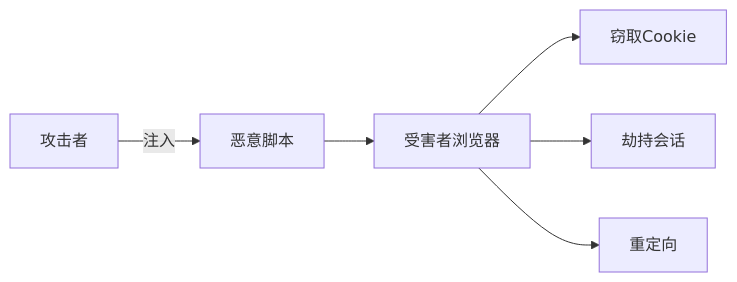
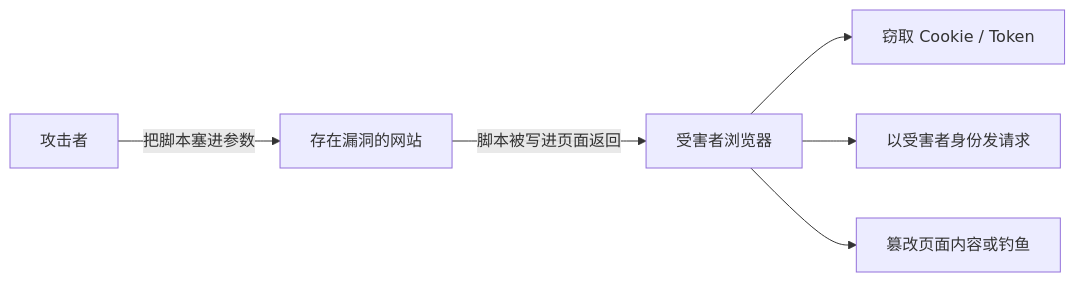
Before and after one commit to before80/prgms: the fourth of 6 diagrams in content/linux/safe_test/Chapter-72-Vulnerability-Scanning.md, drawn with Mermaid. The commit also changed other lines of this file and 1645 other files, not shown here.

````diff
--- a/content/linux/safe_test/Chapter-72-Vulnerability-Scanning.md
+++ b/content/linux/safe_test/Chapter-72-Vulnerability-Scanning.md
@@ -307,8 +451,8 @@
 ```mermaid
 graph LR
-    A[攻击者] -->|注入| B[恶意脚本]
-    B --> C[受害者浏览器]
-    C --> D[窃取Cookie]
-    C --> E[劫持会话]
-    C --> F[重定向]
+    A[攻击者] -->|把脚本塞进参数| B[存在漏洞的网站]
+    B -->|脚本被写进页面返回| C[受害者浏览器]
+    C --> D[窃取 Cookie / Token]
+    C --> E[以受害者身份发请求]
+    C --> F[篡改页面内容或钓鱼]
 ```
````
